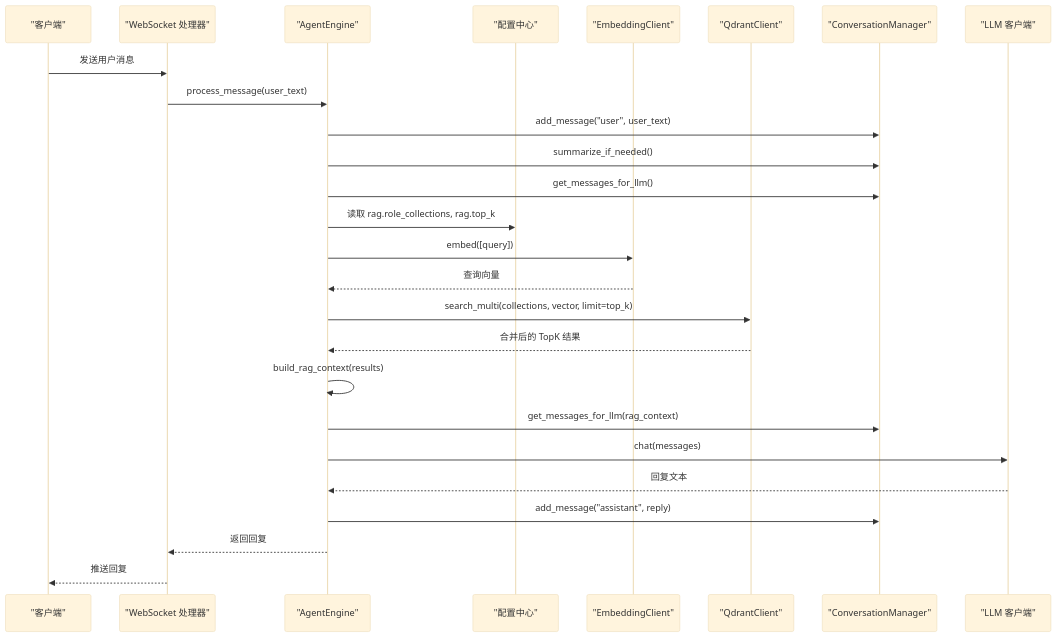
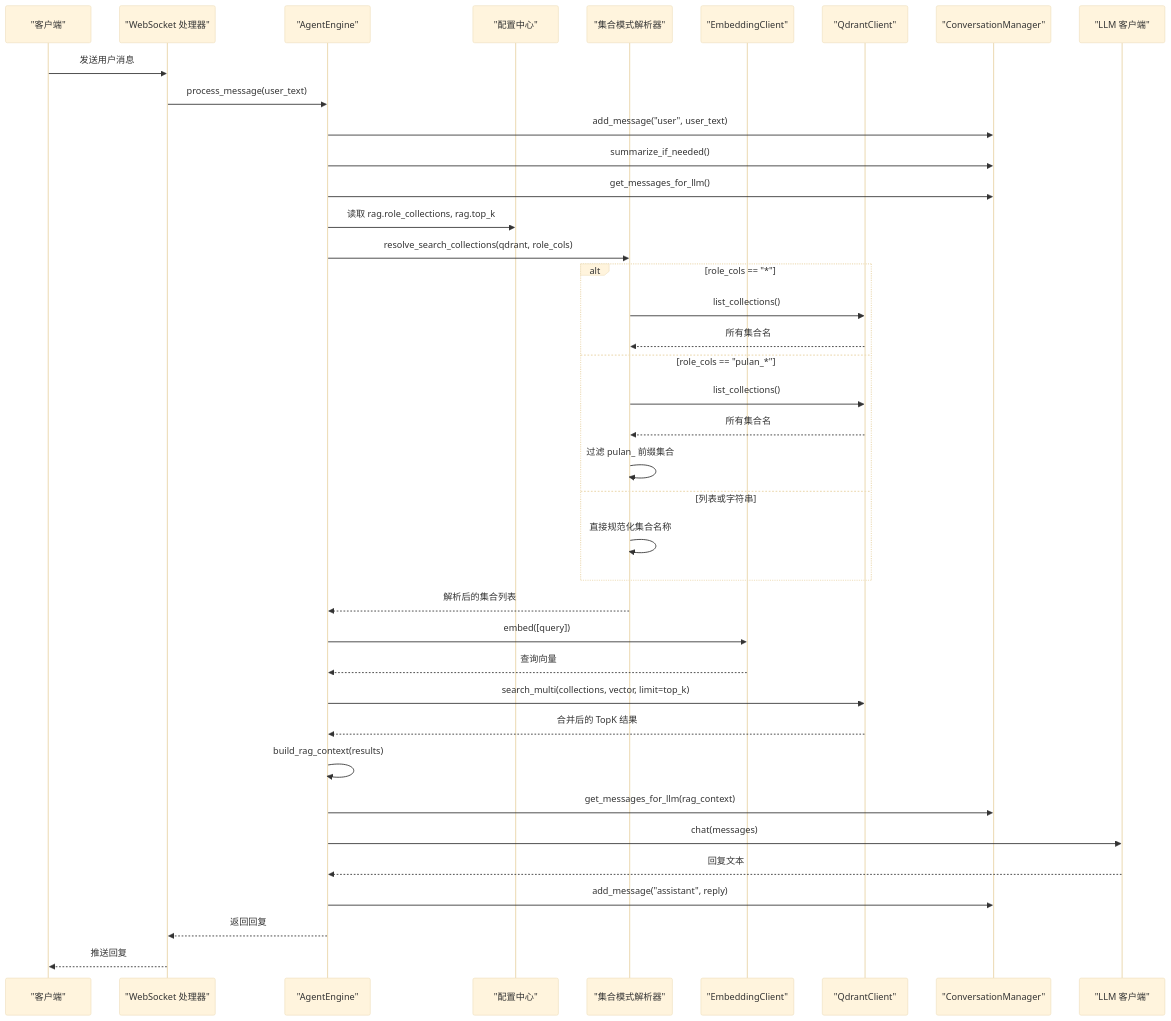
One commit to leo21cn/real-time-talk changed the second of 8 diagrams in .qoder/repowiki/zh/content/后端服务/Agent 引擎设计/RAG 检索增强.md. Above: the diagram before and after it, drawn with Mermaid (base theme). The commit also changed other lines of this file and 9 other files, not shown here.

````diff
--- a/.qoder/repowiki/zh/content/后端服务/Agent 引擎设计/RAG 检索增强.md
+++ b/.qoder/repowiki/zh/content/后端服务/Agent 引擎设计/RAG 检索增强.md
@@ -101,28 +125,41 @@
 ```mermaid
 sequenceDiagram
 participant Client as "客户端"
 participant WS as "WebSocket 处理器"
 participant Agent as "AgentEngine"
 participant Conf as "配置中心"
+participant Resolver as "集合模式解析器"
 participant Emb as "EmbeddingClient"
 participant Q as "QdrantClient"
 participant CM as "ConversationManager"
 participant LLM as "LLM 客户端"
 Client->>WS : 发送用户消息
 WS->>Agent : process_message(user_text)
 Agent->>CM : add_message("user", user_text)
 Agent->>CM : summarize_if_needed()
 Agent->>CM : get_messages_for_llm()
 Agent->>Conf : 读取 rag.role_collections, rag.top_k
+Agent->>Resolver : resolve_search_collections(qdrant, role_cols)
+alt role_cols == "*"
+Resolver->>Q : list_collections()
+Q-->>Resolver : 所有集合名
+else role_cols == "pulan_*"
+Resolver->>Q : list_collections()
+Q-->>Resolver : 所有集合名
+Resolver->>Resolver : 过滤 pulan_ 前缀集合
+else 列表或字符串
+Resolver->>Resolver : 直接规范化集合名称
+end
+Resolver-->>Agent : 解析后的集合列表
 Agent->>Emb : embed([query])
 Emb-->>Agent : 查询向量
 Agent->>Q : search_multi(collections, vector, limit=top_k)
 Q-->>Agent : 合并后的 TopK 结果
 Agent->>Agent : build_rag_context(results)
 Agent->>CM : get_messages_for_llm(rag_context)
 Agent->>LLM : chat(messages)
 LLM-->>Agent : 回复文本
 Agent->>CM : add_message("assistant", reply)
 Agent-->>WS : 返回回复
 WS-->>Client : 推送回复
 ```
````
